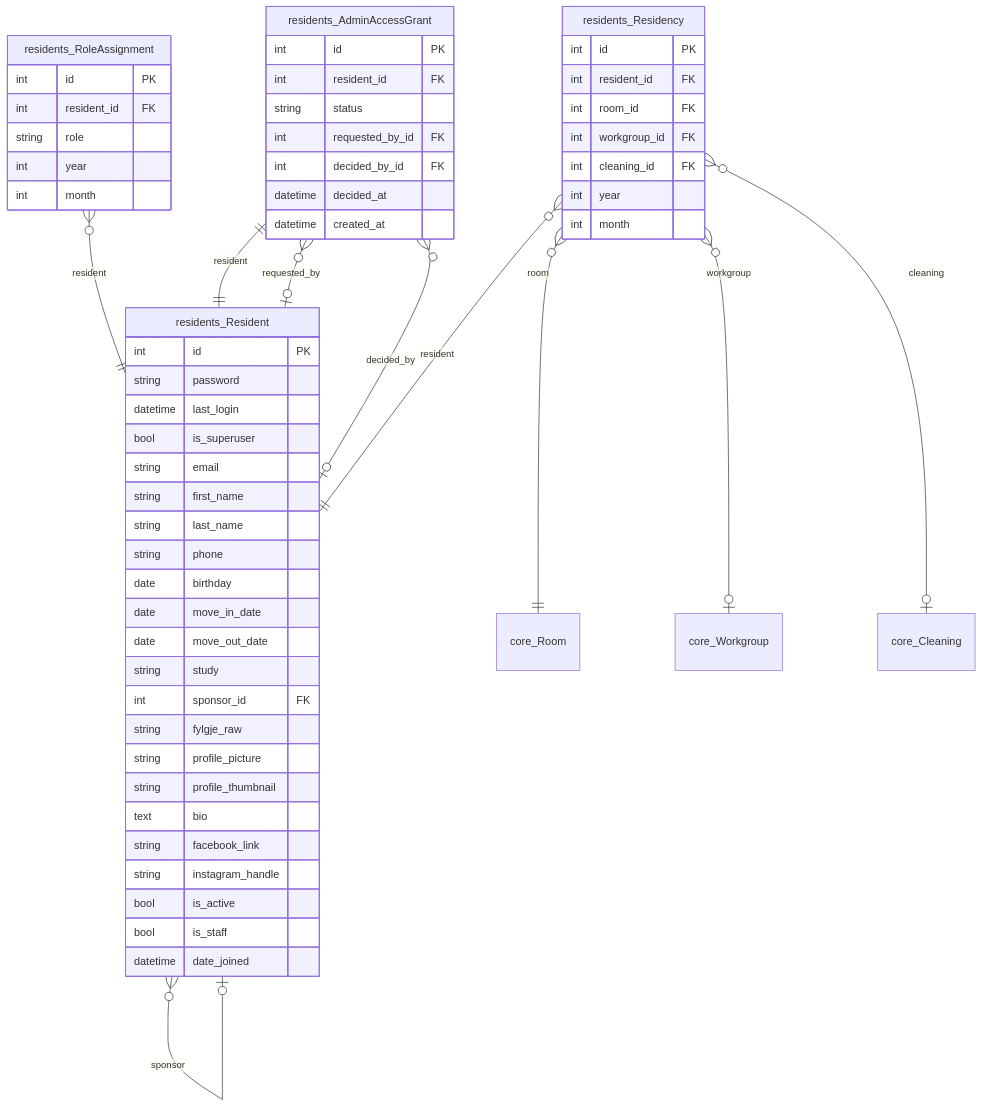
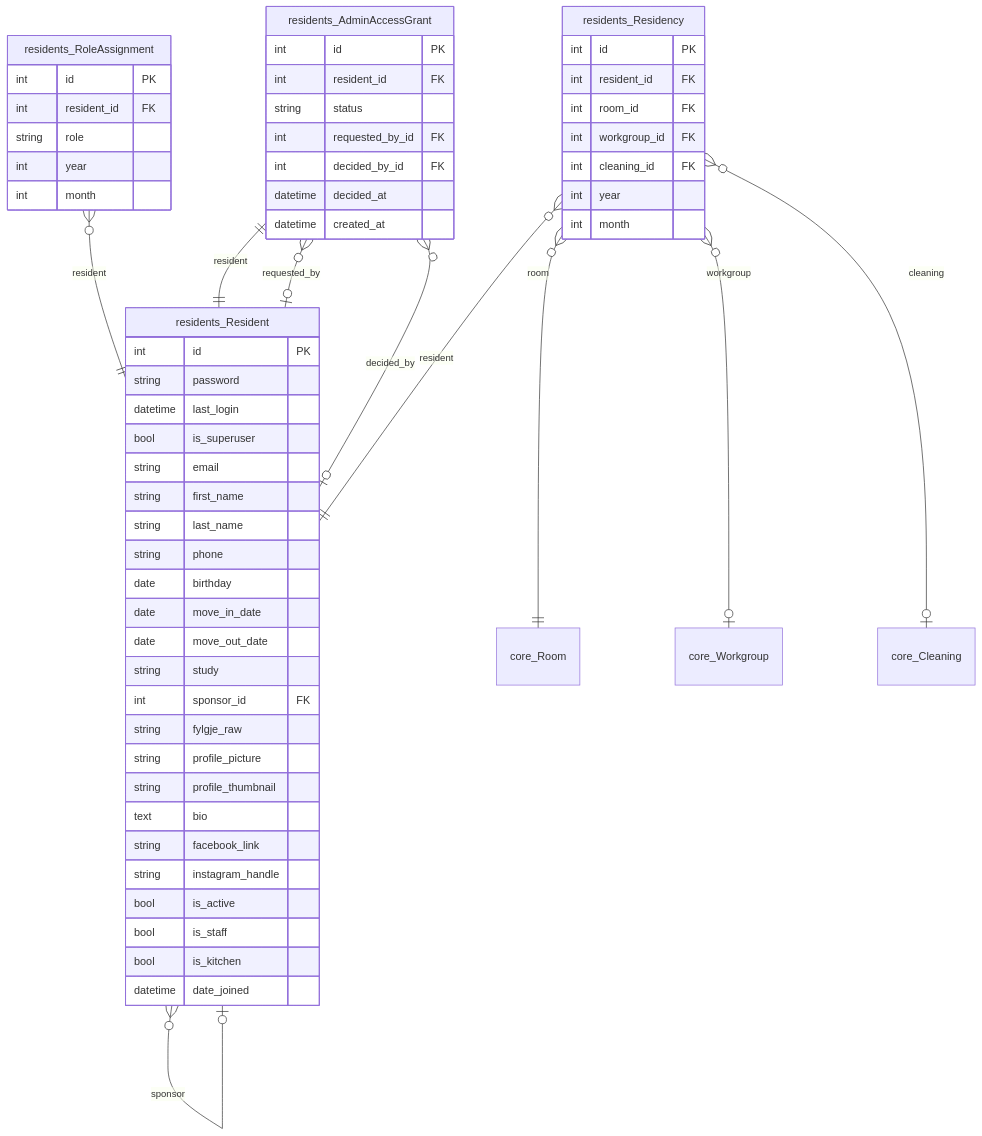
Before and after one commit to GAHK-org/gahk_intern: diagram 15 of 17 in docs/erd.md, drawn with Mermaid. The commit also changed other lines of this file and 20 other files, not shown here.

````diff
--- a/docs/erd.md
+++ b/docs/erd.md
@@ -1887,71 +1888,72 @@
 ```mermaid
 erDiagram
     residents_Resident {
         int id PK
         string password
         datetime last_login
         bool is_superuser
         string email
         string first_name
         string last_name
         string phone
         date birthday
         date move_in_date
         date move_out_date
         string study
         int sponsor_id FK
         string fylgje_raw
         string profile_picture
         string profile_thumbnail
         text bio
         string facebook_link
         string instagram_handle
         bool is_active
         bool is_staff
+        bool is_kitchen
         datetime date_joined
     }
 
     residents_Residency {
         int id PK
         int resident_id FK
         int room_id FK
         int workgroup_id FK
         int cleaning_id FK
         int year
         int month
     }
 
     residents_RoleAssignment {
         int id PK
         int resident_id FK
         string role
         int year
         int month
     }
 
     residents_AdminAccessGrant {
         int id PK
         int resident_id FK
         string status
         int requested_by_id FK
         int decided_by_id FK
         datetime decided_at
         datetime created_at
     }
 
     core_Cleaning { }
 
     core_Room { }
 
     core_Workgroup { }
 
     residents_Resident }o--|o residents_Resident : "sponsor"
     residents_Residency }o--|| residents_Resident : "resident"
     residents_Residency }o--|| core_Room : "room"
     residents_Residency }o--|o core_Workgroup : "workgroup"
     residents_Residency }o--|o core_Cleaning : "cleaning"
     residents_RoleAssignment }o--|| residents_Resident : "resident"
     residents_AdminAccessGrant ||--|| residents_Resident : "resident"
     residents_AdminAccessGrant }o--|o residents_Resident : "requested_by"
     residents_AdminAccessGrant }o--|o residents_Resident : "decided_by"
 ```
````
